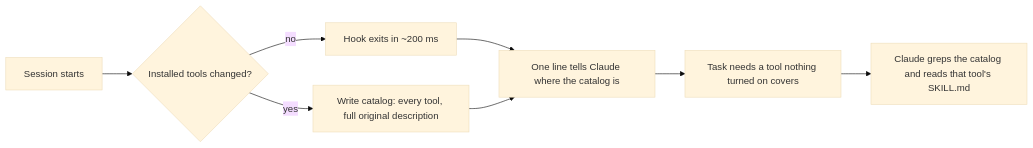
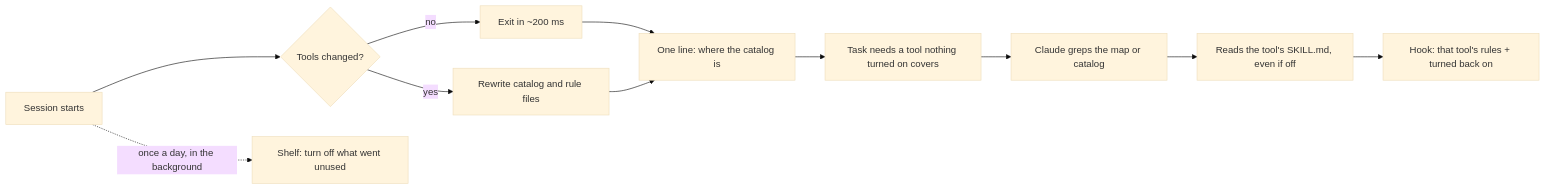
The diagram in README.md (Buirst/stockroom), drawn with Mermaid (base theme) before and after one commit. The commit also changed other lines of this file and 9 other files, not shown here.

Commit message:
docs: benchmarks for every version, charts, new demo, expanded README

````diff
--- a/README.md
+++ b/README.md
@@ -34,10 +53,13 @@
 ```mermaid
 flowchart LR
-  A[Session starts] --> B{Installed tools changed?}
-  B -- no --> C[Hook exits in ~200 ms]
-  B -- yes --> D[Write catalog: every tool, full original description]
-  C --> E[One line tells Claude where the catalog is]
+  A[Session starts] --> B{Tools changed?}
+  B -- no --> C[Exit in ~200 ms]
+  B -- yes --> D[Rewrite catalog and rule files]
+  C --> E[One line: where the catalog is]
   D --> E
+  A -. once a day, in the background .-> S[Shelf: turn off what went unused]
   E --> F[Task needs a tool nothing turned on covers]
-  F --> G[Claude greps the catalog and reads that tool's SKILL.md]
+  F --> G[Claude greps the map or catalog]
+  G --> H[Reads the tool's SKILL.md, even if off]
+  H --> R[Hook: that tool's rules + turned back on]
 ```
````
